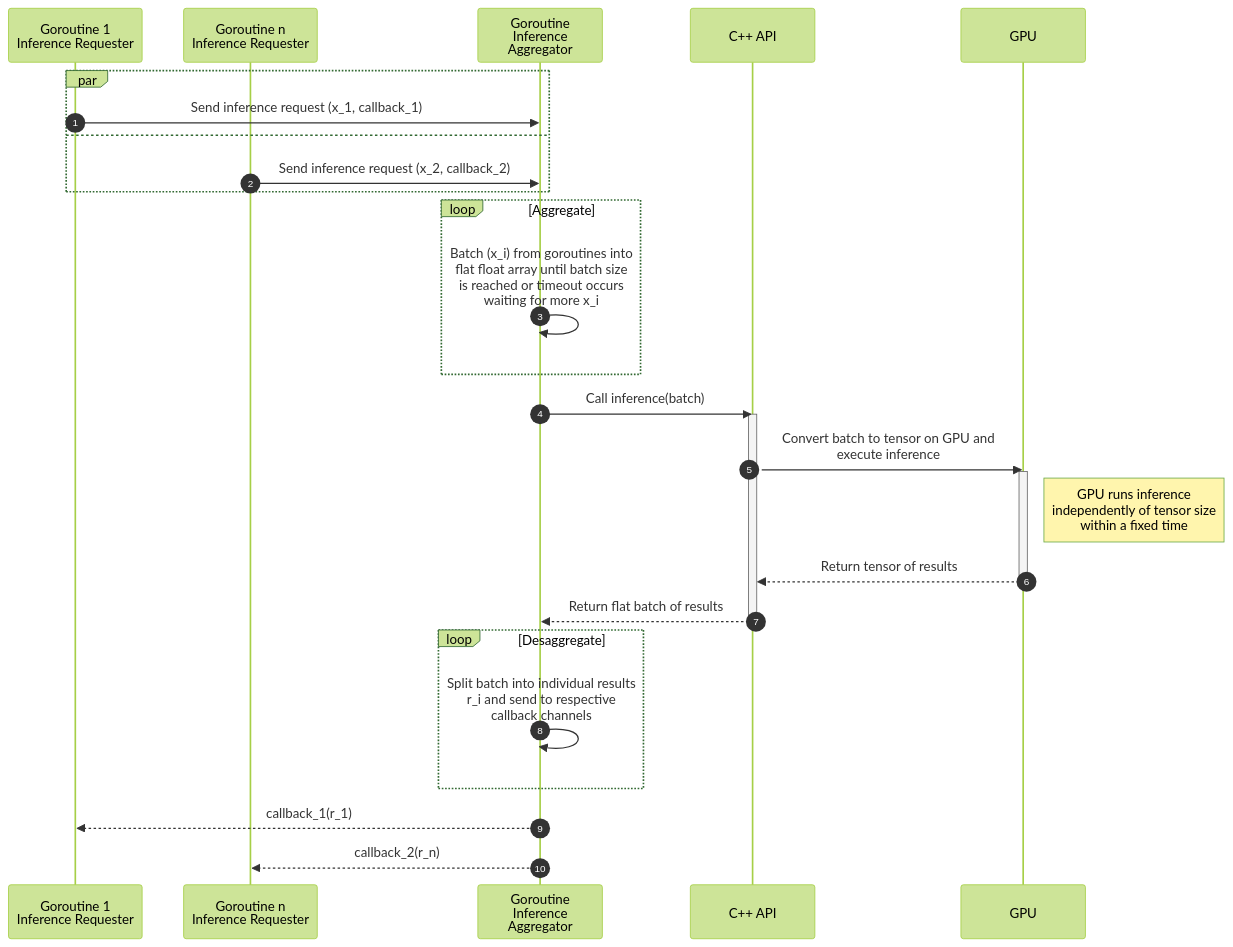
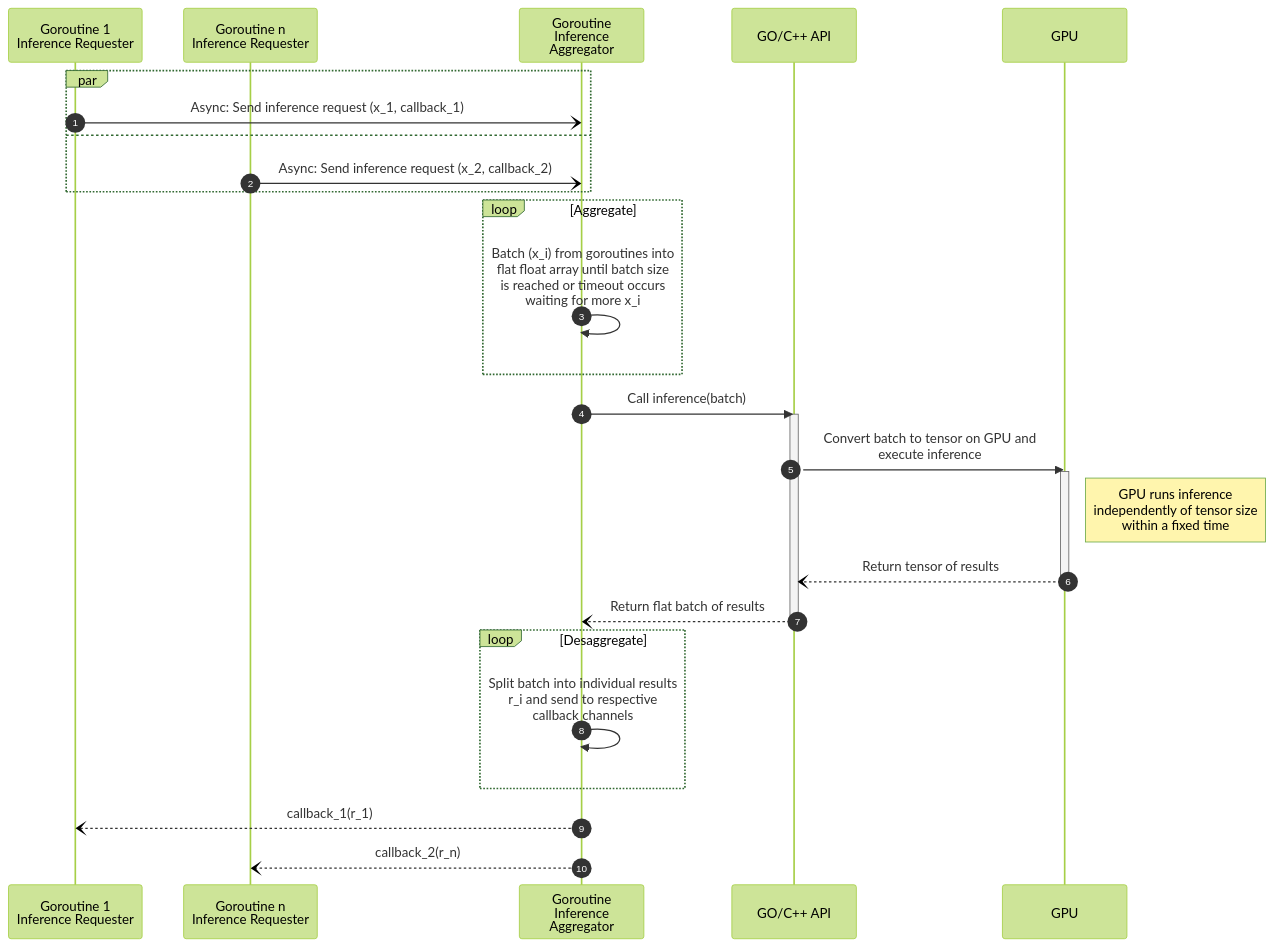
The diagram in README.md (erbou-sdsc/go-libtorch-tutorial), drawn with Mermaid (forest theme) before and after one commit. The commit also changed other lines of this file, not shown here.

````diff
--- a/README.md
+++ b/README.md
@@ -199,31 +199,31 @@
 ```mermaid
 sequenceDiagram
     participant T1 as Goroutine 1<br/>Inference Requester
     participant T2 as Goroutine n<br/>Inference Requester
     participant A as Goroutine<br/>Inference<br/>Aggregator
-    participant C as C++ API
+    participant C as GO/C++ API
     participant G as GPU
     autonumber
     par
-      T1->>A: Send inference request (x_1, callback_1)
+      T1-)A: Async: Send inference request (x_1, callback_1)
     and
-      T2->>A: Send inference request (x_2, callback_2)
+      T2-)A: Async: Send inference request (x_2, callback_2)
     end
     loop Aggregate
         A->>A: Batch (x_i) from goroutines into<br/>flat float array until batch size<br/>is reached or timeout occurs<br/>waiting for more x_i
     end
     A->>C: Call inference(batch)
     activate C
     C->>G: Convert batch to tensor on GPU and<br/>execute inference
     activate G
     Note right of G: GPU runs inference<br/>independently of tensor size<br/> within a fixed time
-    G-->>C: Return tensor of results
+    G--)C: Return tensor of results
     deactivate G
-    C-->>A: Return flat batch of results
+    C--)A: Return flat batch of results
     deactivate C
     loop Desaggregate
         A->>A: Split batch into individual results<br/>r_i and send to respective<br/>callback channels
     end
-    A-->>T1: callback_1(r_1)
-    A-->>T2: callback_2(r_n)
+    A--)T1: callback_1(r_1)
+    A--)T2: callback_2(r_n)
 ```
````
